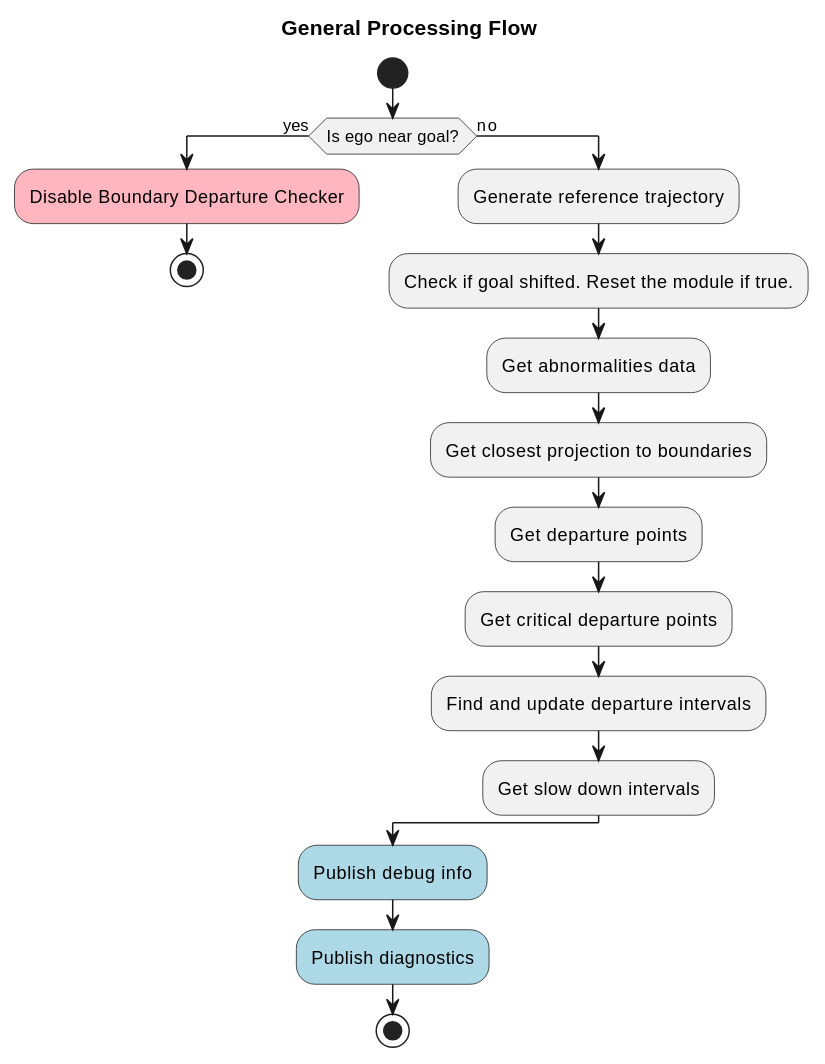
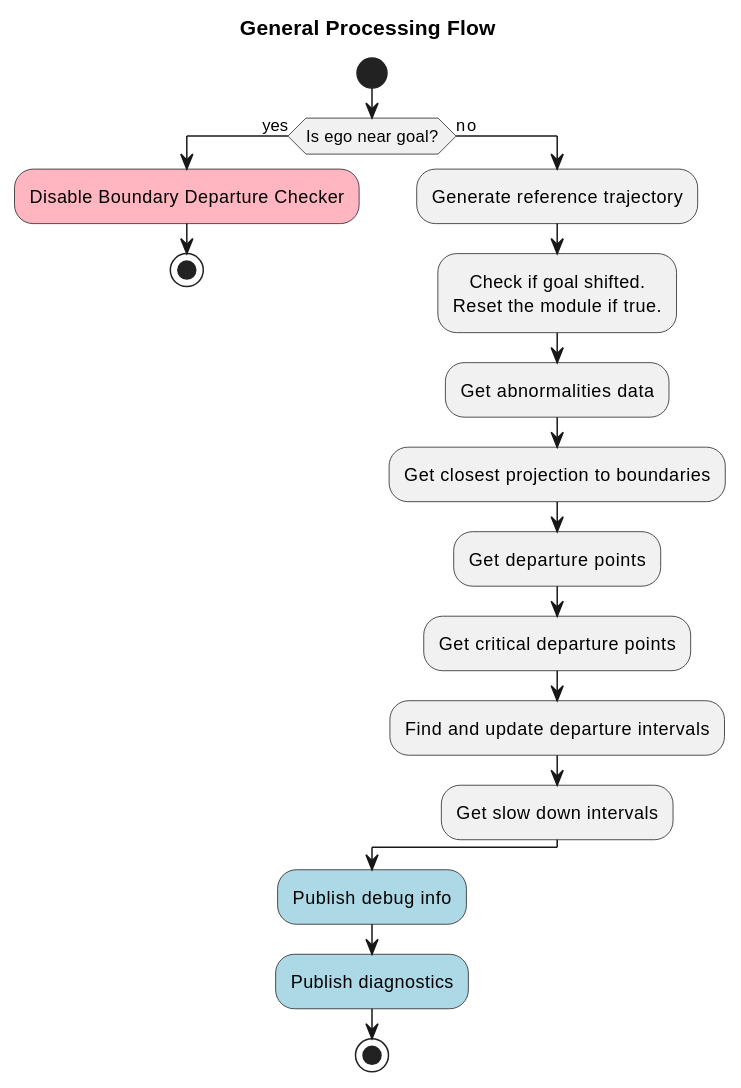
Before and after one commit to zulfaqar-azmi-t4/autoware.universe: the first of 2 diagrams in planning/motion_velocity_planner/autoware_motion_velocity_boundary_departure_prevention_module/README.md, drawn with PlantUML. The commit also changed other lines of this file and 2 other files, not shown here.

````diff
--- a/planning/motion_velocity_planner/autoware_motion_velocity_boundary_departure_prevention_module/README.md
+++ b/planning/motion_velocity_planner/autoware_motion_velocity_boundary_departure_prevention_module/README.md
@@ -77,25 +88,25 @@
 ```plantuml
 @startuml
 skinparam defaultTextAlignment center
 skinparam backgroundColor #WHITE
 
 title General Processing Flow
 start
 if (Is ego near goal?) then (yes)
   #LightPink:Disable Boundary Departure Checker;
   stop
 else (no)
   :Generate reference trajectory;
-  :Check if goal shifted. Reset the module if true.;
+  :Check if goal shifted.\nReset the module if true.;
   :Get abnormalities data;
   :Get closest projection to boundaries;
   :Get departure points;
   :Get critical departure points;
   :Find and update departure intervals;
   :Get slow down intervals;
 endif
 #LightBlue:Publish debug info;
 #LightBlue:Publish diagnostics;
 stop
 @enduml
 ```
````
